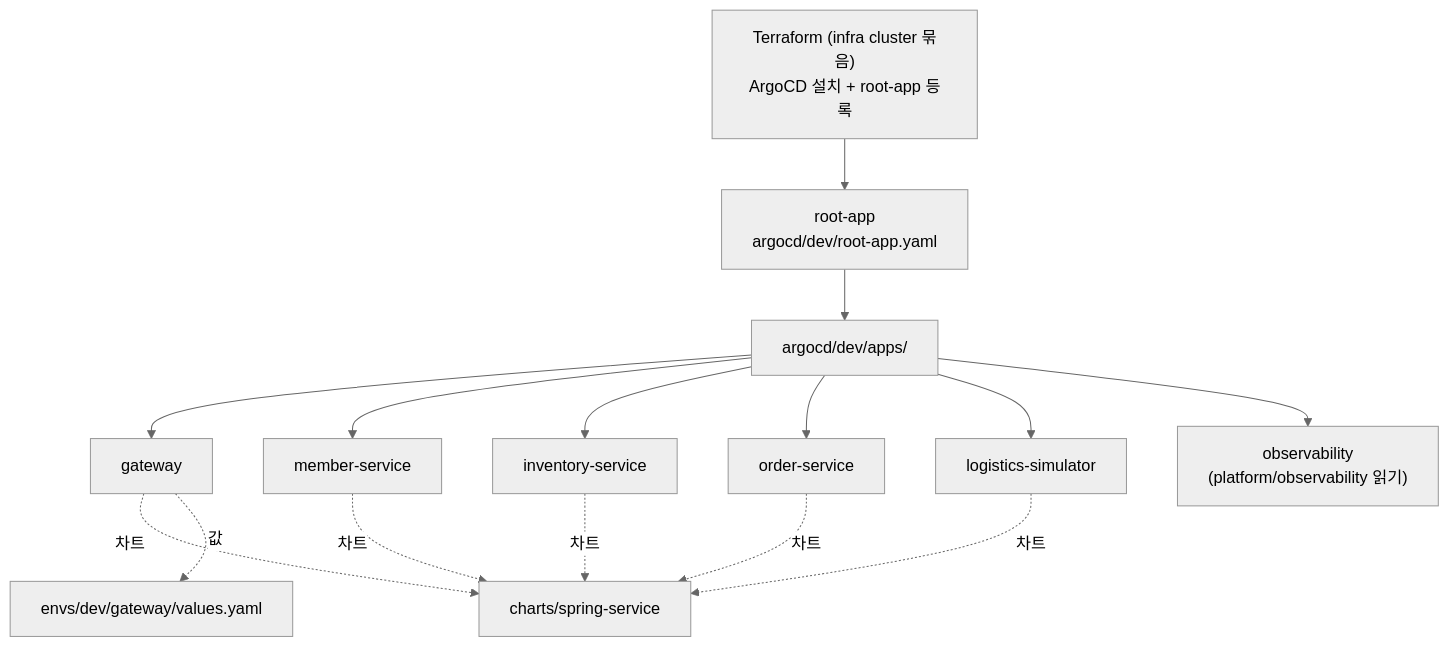
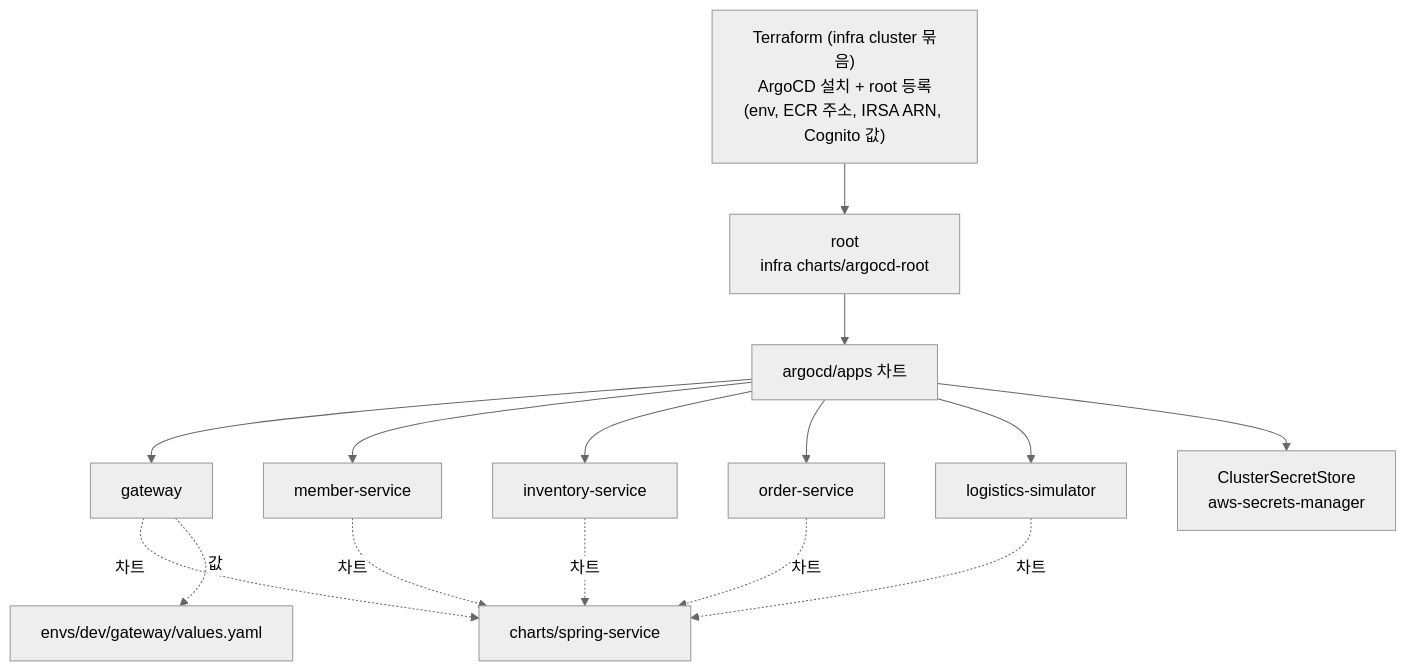
One commit to sesac-freshlink/gitops changed the fourth of 4 diagrams in README.md. Above: the diagram before and after it, drawn with Mermaid (neutral theme). The commit also changed other lines of this file and 31 other files, not shown here.

First line of the commit message:
feat(I-02): 공용 차트 spring-service, dev·prod values, App of Apps 차트 (할 일 9) (#4)

````diff
--- a/README.md
+++ b/README.md
@@ -195,13 +195,13 @@
 ```mermaid
 flowchart TB
-    TF["Terraform (infra cluster 묶음)<br/>ArgoCD 설치 + root-app 등록"] --> R["root-app<br/>argocd/dev/root-app.yaml"]
-    R --> A["argocd/dev/apps/"]
+    TF["Terraform (infra cluster 묶음)<br/>ArgoCD 설치 + root 등록<br/>(env, ECR 주소, IRSA ARN, Cognito 값)"] --> R["root<br/>infra charts/argocd-root"]
+    R --> A["argocd/apps 차트"]
     A --> G["gateway"]
     A --> MS["member-service"]
     A --> IS["inventory-service"]
     A --> OS["order-service"]
     A --> LS["logistics-simulator"]
-    A --> O["observability<br/>(platform/observability 읽기)"]
+    A --> CSS["ClusterSecretStore<br/>aws-secrets-manager"]
     G & MS & IS & OS & LS -. "차트" .-> C["charts/spring-service"]
     G -. "값" .-> V["envs/dev/gateway/values.yaml"]
 ```
````
